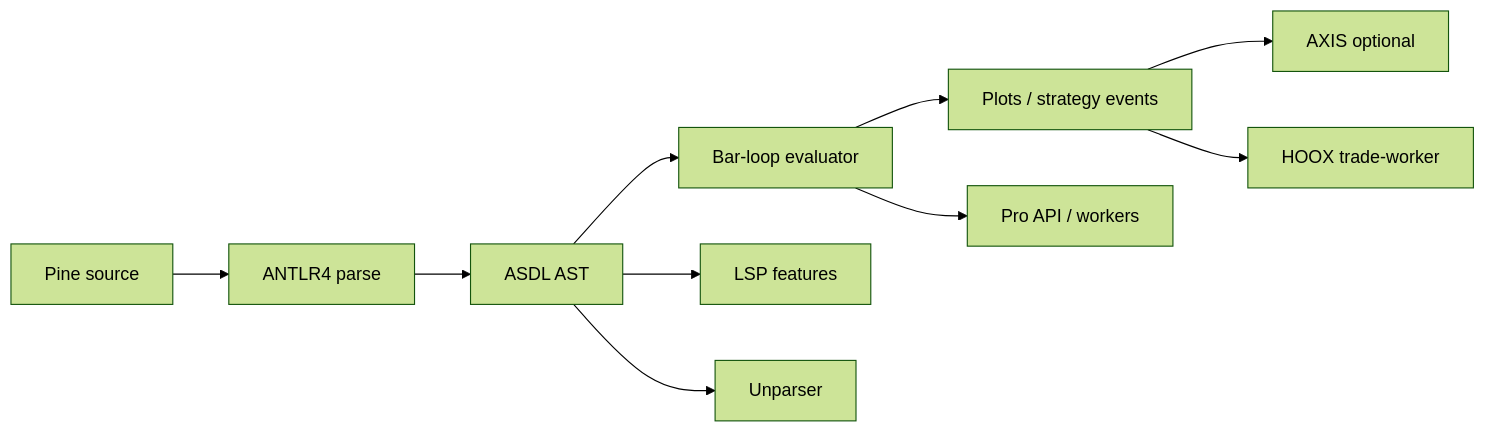
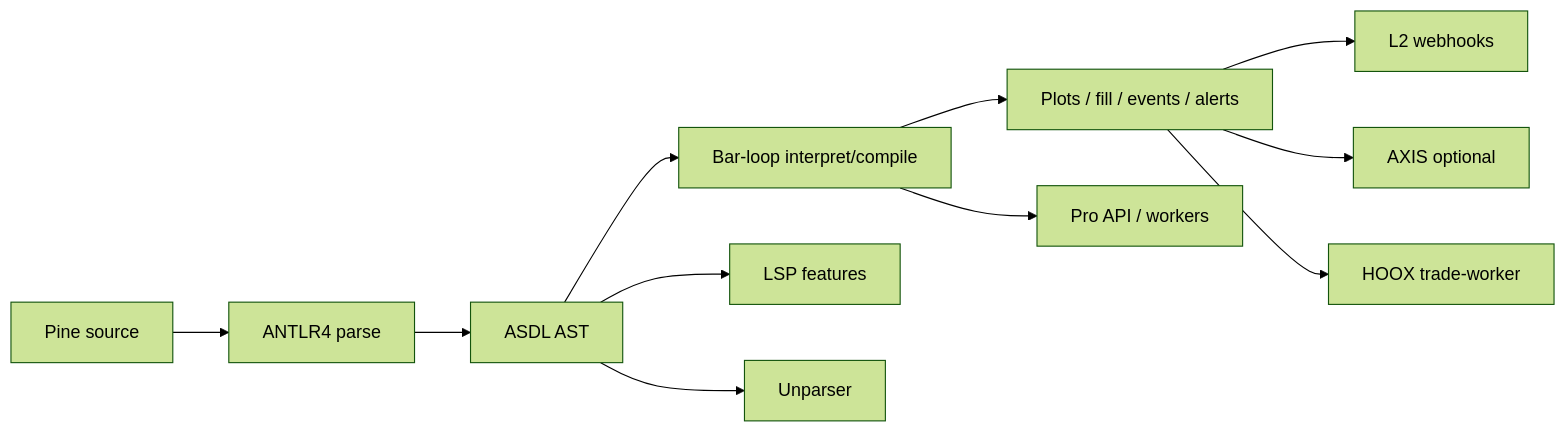
The diagram in docs/pyne/index.mdx (hoox-sh/pyne), drawn with Mermaid (forest theme) before and after one commit. The commit also changed other lines of this file and 33 other files, not shown here.

````diff
--- a/docs/pyne/index.mdx
+++ b/docs/pyne/index.mdx
@@ -60,12 +67,13 @@
 ```mermaid
 flowchart LR
   S[Pine source] --> P[ANTLR4 parse]
   P --> A[ASDL AST]
-  A --> E[Bar-loop evaluator]
+  A --> E[Bar-loop interpret/compile]
   A --> L[LSP features]
   A --> U[Unparser]
-  E --> R[Plots / strategy events]
+  E --> R[Plots / fill / events / alerts]
   E --> API[Pro API / workers]
+  R --> WH[L2 webhooks]
   R --> AXIS[AXIS optional]
   R --> HOOX[HOOX trade-worker]
 ```
````
